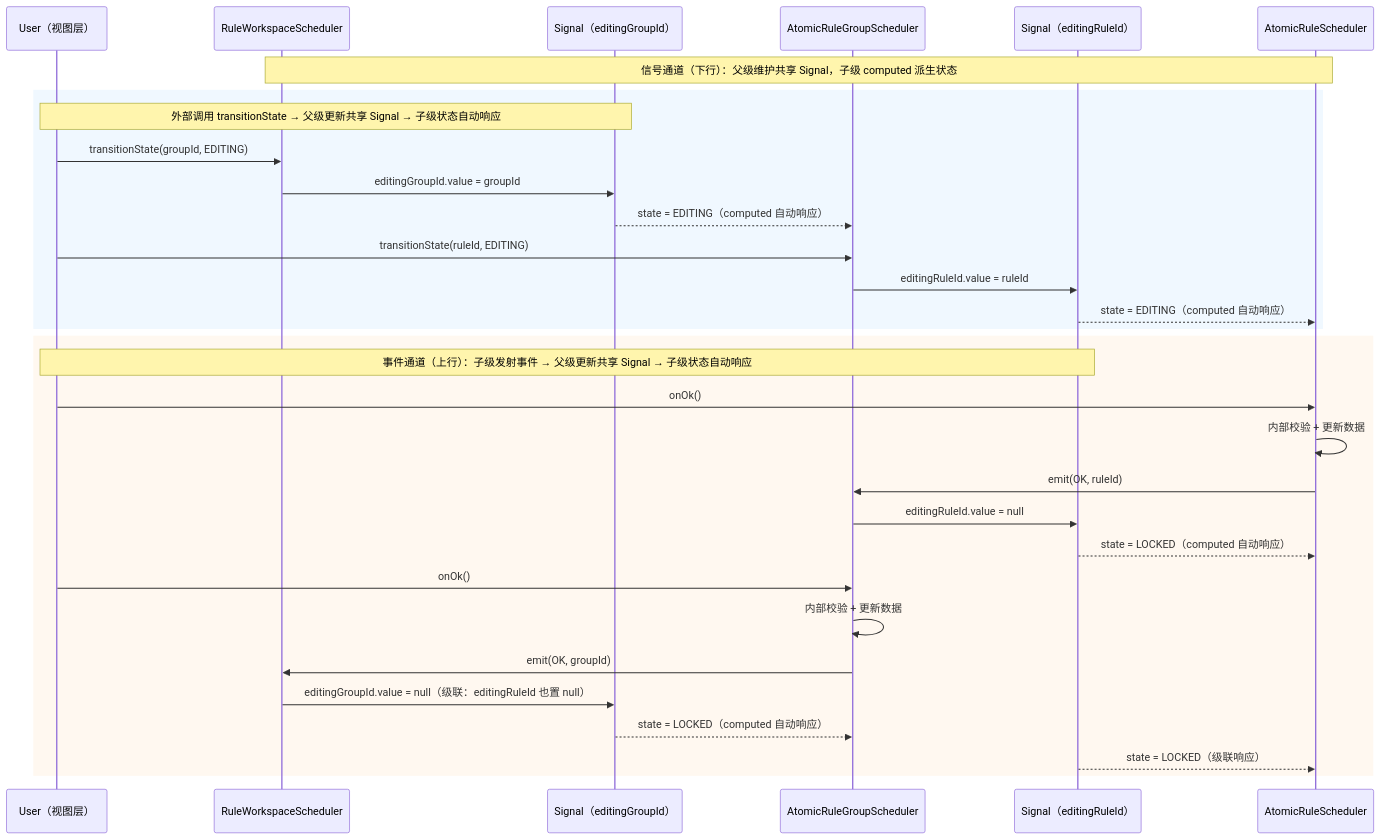
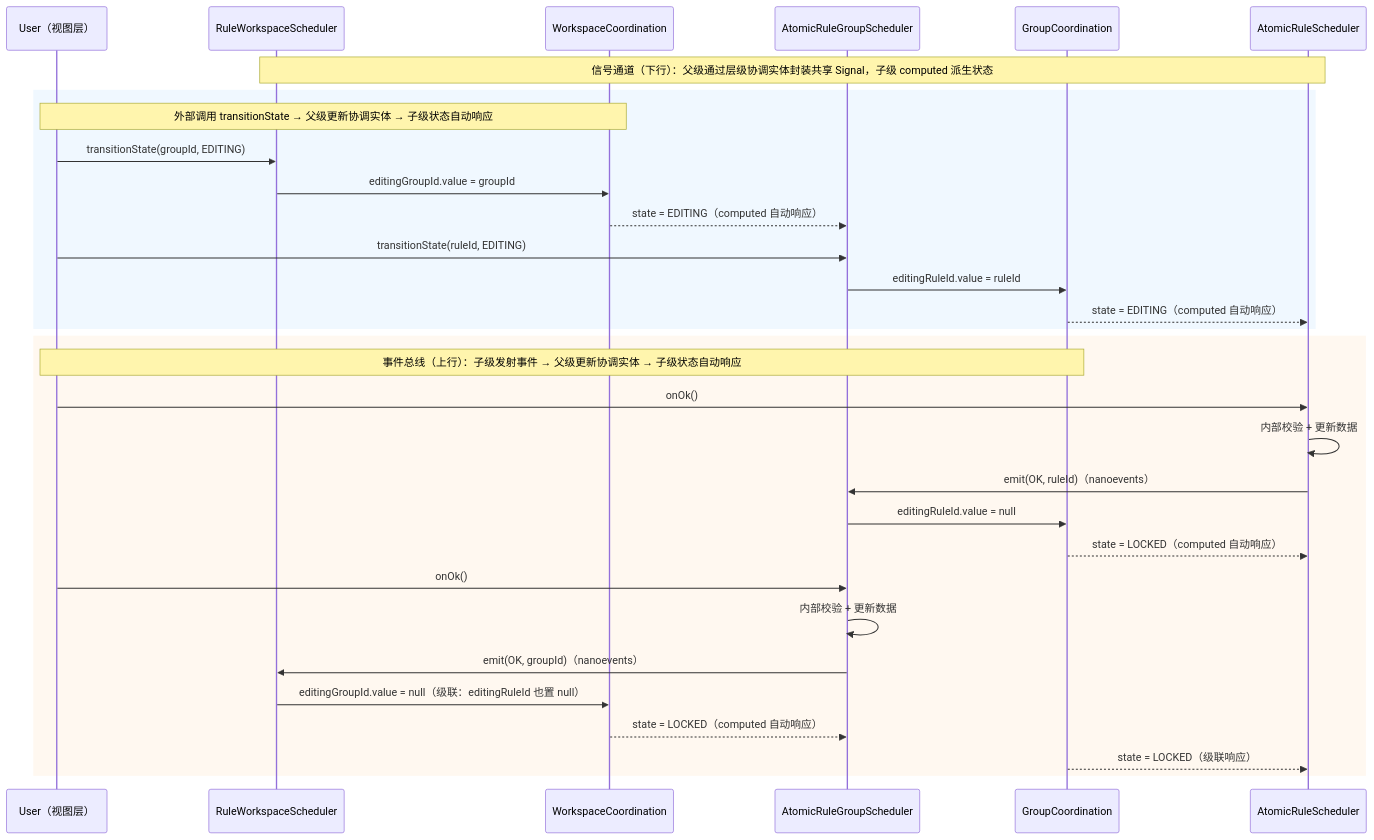
Before and after one commit to huang-xiao-jian/themis: the fourth of 4 diagrams in specs/core/application.md, drawn with Mermaid. The commit also changed other lines of this file and 3 other files, not shown here.

````diff
--- a/specs/core/application.md
+++ b/specs/core/application.md
@@ -285,38 +329,38 @@
 ```mermaid
 sequenceDiagram
   participant U as User（视图层）
   participant WS as RuleWorkspaceScheduler
-  participant SG as Signal（editingGroupId）
+  participant WC as WorkspaceCoordination
   participant G as AtomicRuleGroupScheduler
-  participant SR as Signal（editingRuleId）
+  participant GC as GroupCoordination
   participant R as AtomicRuleScheduler
 
-  Note over WS, R: 信号通道（下行）：父级维护共享 Signal，子级 computed 派生状态
+  Note over WS, R: 信号通道（下行）：父级通过层级协调实体封装共享 Signal，子级 computed 派生状态
 
   rect rgb(240, 248, 255)
-    Note over U, SG: 外部调用 transitionState → 父级更新共享 Signal → 子级状态自动响应
+    Note over U, WC: 外部调用 transitionState → 父级更新协调实体 → 子级状态自动响应
     U->>WS: transitionState(groupId, EDITING)
-    WS->>SG: editingGroupId.value = groupId
-    SG-->>G: state = EDITING（computed 自动响应）
+    WS->>WC: editingGroupId.value = groupId
+    WC-->>G: state = EDITING（computed 自动响应）
 
     U->>G: transitionState(ruleId, EDITING)
-    G->>SR: editingRuleId.value = ruleId
-    SR-->>R: state = EDITING（computed 自动响应）
+    G->>GC: editingRuleId.value = ruleId
+    GC-->>R: state = EDITING（computed 自动响应）
   end
 
   rect rgb(255, 248, 240)
-    Note over U, SR: 事件通道（上行）：子级发射事件 → 父级更新共享 Signal → 子级状态自动响应
+    Note over U, GC: 事件总线（上行）：子级发射事件 → 父级更新协调实体 → 子级状态自动响应
     U->>R: onOk()
     R->>R: 内部校验 + 更新数据
-    R->>G: emit(OK, ruleId)
-    G->>SR: editingRuleId.value = null
-    SR-->>R: state = LOCKED（computed 自动响应）
+    R->>G: emit(OK, ruleId)（nanoevents）
+    G->>GC: editingRuleId.value = null
+    GC-->>R: state = LOCKED（computed 自动响应）
 
     U->>G: onOk()
     G->>G: 内部校验 + 更新数据
-    G->>WS: emit(OK, groupId)
-    WS->>SG: editingGroupId.value = null（级联：editingRuleId 也置 null）
-    SG-->>G: state = LOCKED（computed 自动响应）
-    SR-->>R: state = LOCKED（级联响应）
+    G->>WS: emit(OK, groupId)（nanoevents）
+    WS->>WC: editingGroupId.value = null（级联：editingRuleId 也置 null）
+    WC-->>G: state = LOCKED（computed 自动响应）
+    GC-->>R: state = LOCKED（级联响应）
   end
 ```
````
